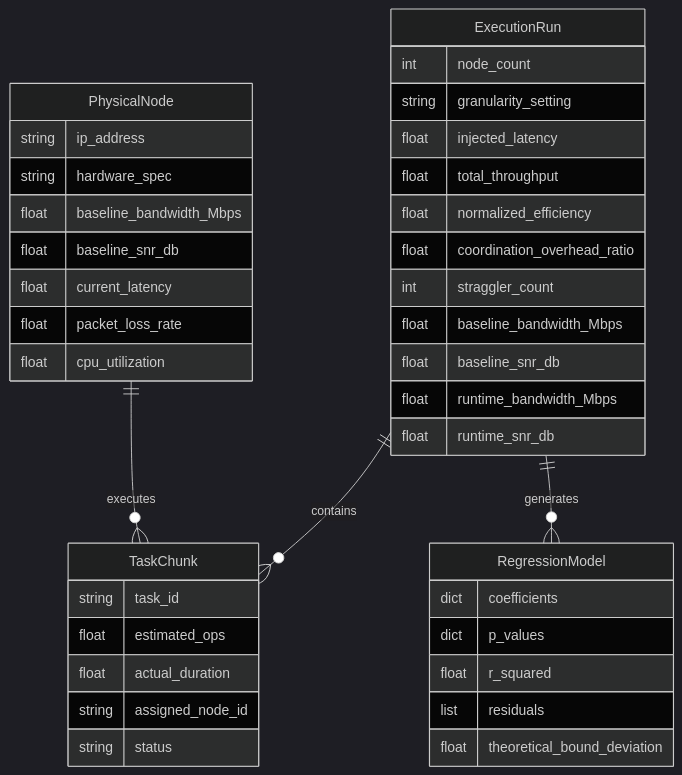
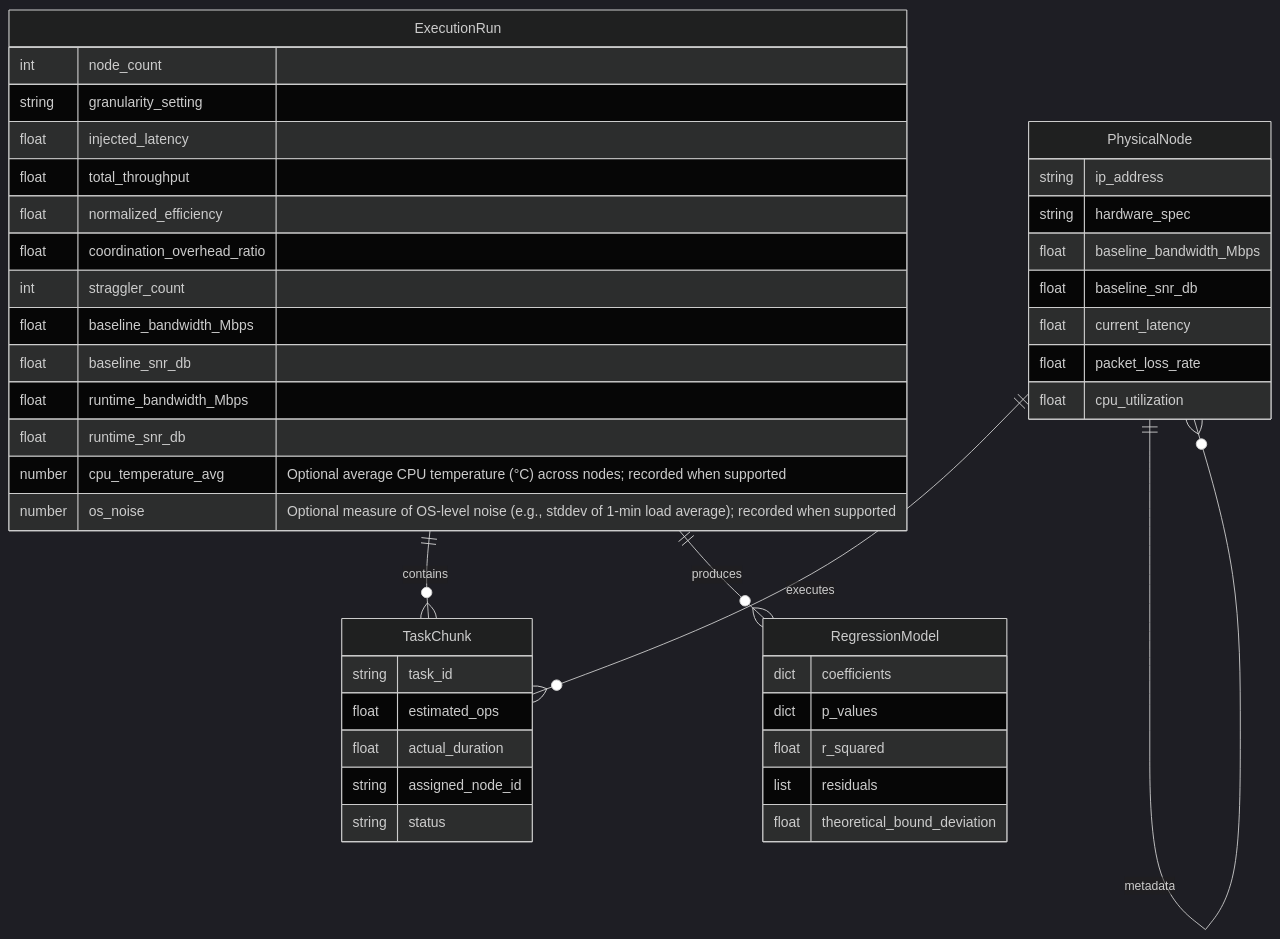
One commit to ContextLab/llmXive changed the diagram in projects/PROJ-009-build-a-mesh-network-that-forms-the-larg/specs/001-build-a-mesh-network-that-forms-the-larg/data-model.md. Above: the diagram before and after it, drawn with Mermaid (dark theme). The commit also changed other lines of this file and 18 other files, not shown here.

````diff
--- a/projects/PROJ-009-build-a-mesh-network-that-forms-the-larg/specs/001-build-a-mesh-network-that-forms-the-larg/data-model.md
+++ b/projects/PROJ-009-build-a-mesh-network-that-forms-the-larg/specs/001-build-a-mesh-network-that-forms-the-larg/data-model.md
@@ -7,42 +6,45 @@
 ```mermaid
 erDiagram
     PhysicalNode ||--o{ TaskChunk : "executes"
     ExecutionRun ||--o{ TaskChunk : "contains"
-    ExecutionRun ||--o{ RegressionModel : "generates"
+    ExecutionRun ||--o{ RegressionModel : "produces"
+    PhysicalNode ||--o{ PhysicalNode : "metadata"
     PhysicalNode {
         string ip_address
         string hardware_spec
         float baseline_bandwidth_Mbps
         float baseline_snr_db
         float current_latency
         float packet_loss_rate
         float cpu_utilization
     }
     TaskChunk {
         string task_id
         float estimated_ops
         float actual_duration
         string assigned_node_id
         string status
     }
     ExecutionRun {
         int node_count
         string granularity_setting
         float injected_latency
         float total_throughput
         float normalized_efficiency
         float coordination_overhead_ratio
         int straggler_count
         float baseline_bandwidth_Mbps
         float baseline_snr_db
         float runtime_bandwidth_Mbps
         float runtime_snr_db
+        number cpu_temperature_avg "Optional average CPU temperature (°C) across nodes; recorded when supported"
+        number os_noise "Optional measure of OS‑level noise (e.g., stddev of 1‑min load average); recorded when supported"
     }
     RegressionModel {
         dict coefficients
         dict p_values
         float r_squared
         list residuals
         float theoretical_bound_deviation
     }
 ```
````
